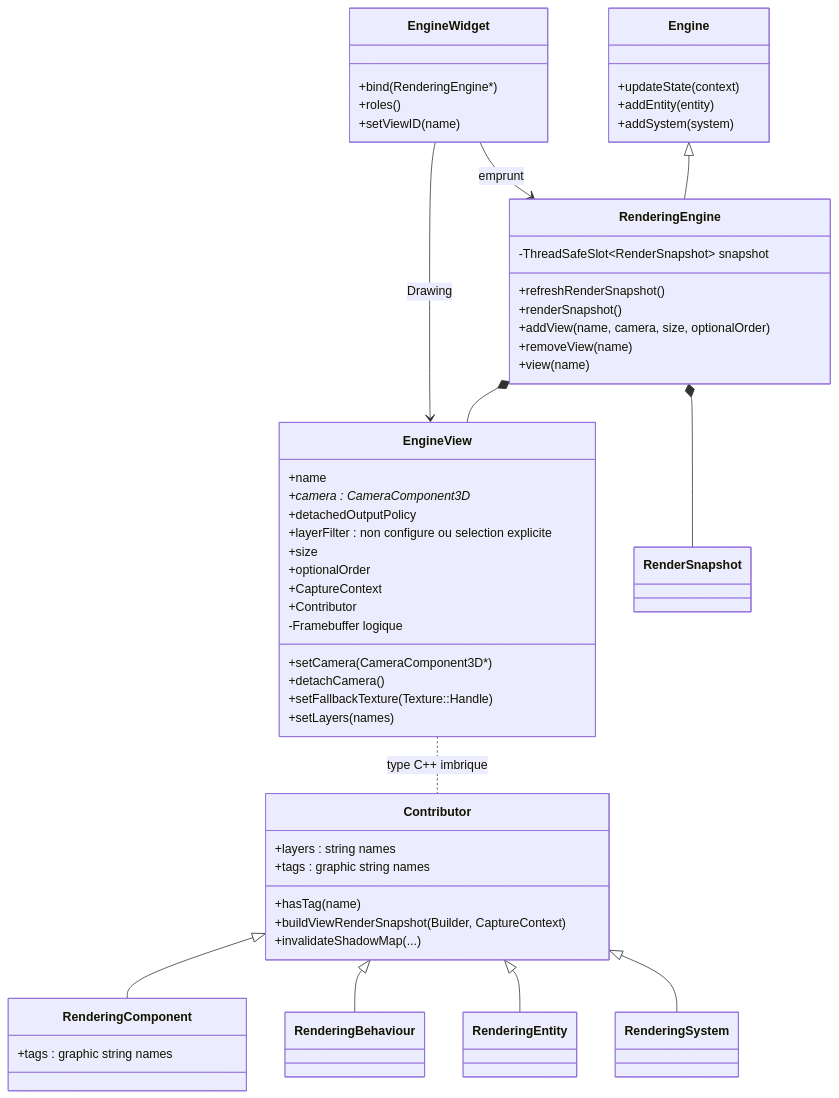
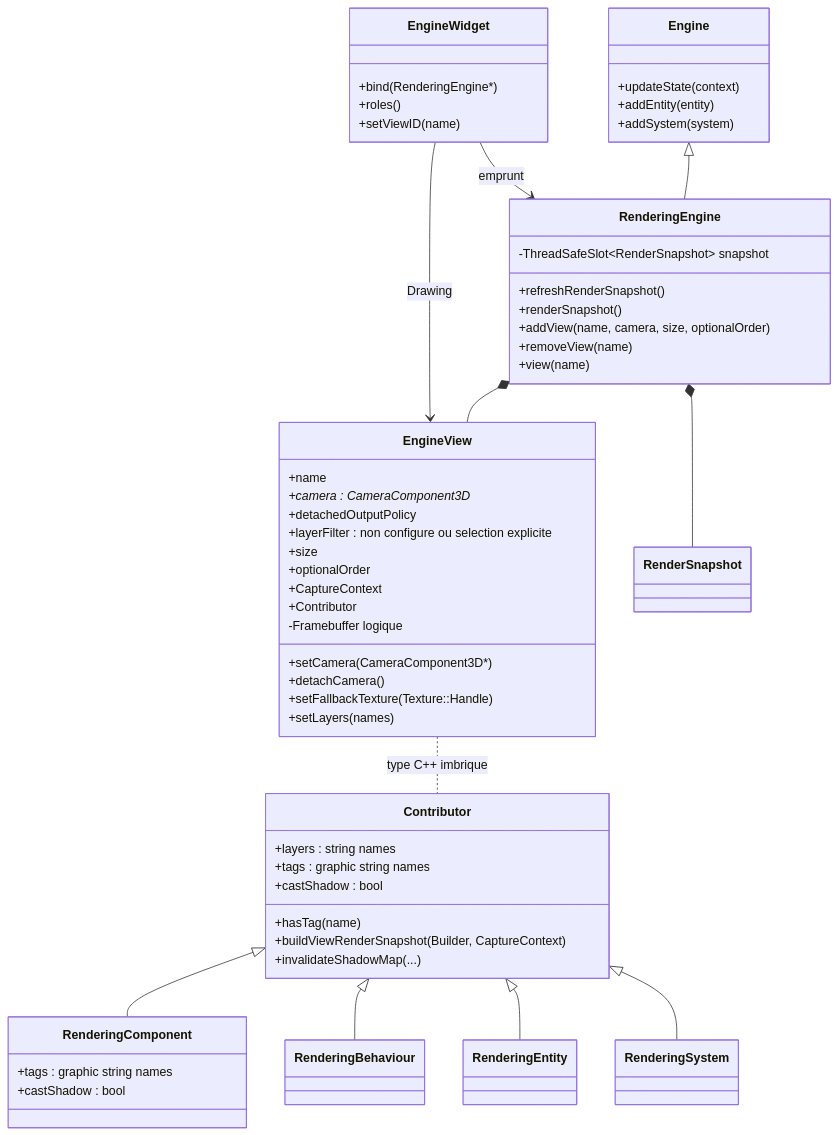
One commit to EreliaStudio/Sparkle changed the sixth of 13 diagrams in docs/voxel-engine-v0.1.4-specification.md. Above: the diagram before and after it, drawn with Mermaid. The commit also changed other lines of this file, not shown here.

Commit message:
docs(v0.1.4): combine castShadow permissions with shadowmap.static classification

````diff
--- a/docs/voxel-engine-v0.1.4-specification.md
+++ b/docs/voxel-engine-v0.1.4-specification.md
@@ -591,59 +591,61 @@
 ```mermaid
 classDiagram
   class Engine {
     +updateState(context)
     +addEntity(entity)
     +addSystem(system)
   }
   class RenderingEngine {
     +refreshRenderSnapshot()
     +renderSnapshot()
     +addView(name, camera, size, optionalOrder)
     +removeView(name)
     +view(name)
     -ThreadSafeSlot~RenderSnapshot~ snapshot
   }
   class EngineView {
     +name
     +camera : CameraComponent3D*
     +setCamera(CameraComponent3D*)
     +detachCamera()
     +detachedOutputPolicy
     +setFallbackTexture(Texture::Handle)
     +setLayers(names)
     +layerFilter : non configure ou selection explicite
     +size
     +optionalOrder
     +CaptureContext
     +Contributor
     -Framebuffer logique
   }
   class Contributor {
     +layers : string names
     +tags : graphic string names
+    +castShadow : bool
     +hasTag(name)
     +buildViewRenderSnapshot(Builder, CaptureContext)
     +invalidateShadowMap(...)
   }
   class RenderingComponent {
     +tags : graphic string names
+    +castShadow : bool
   }
   class RenderingBehaviour
   class RenderingEntity
   class RenderingSystem
   class EngineWidget {
     +bind(RenderingEngine*)
     +roles()
     +setViewID(name)
   }
   Engine <|-- RenderingEngine
   RenderingEngine *-- EngineView
   RenderingEngine *-- RenderSnapshot
   EngineView .. Contributor : type C++ imbrique
   Contributor <|-- RenderingComponent
   Contributor <|-- RenderingBehaviour
   Contributor <|-- RenderingEntity
   Contributor <|-- RenderingSystem
   EngineWidget --> RenderingEngine : emprunt
   EngineWidget --> EngineView : Drawing
 ```
````
